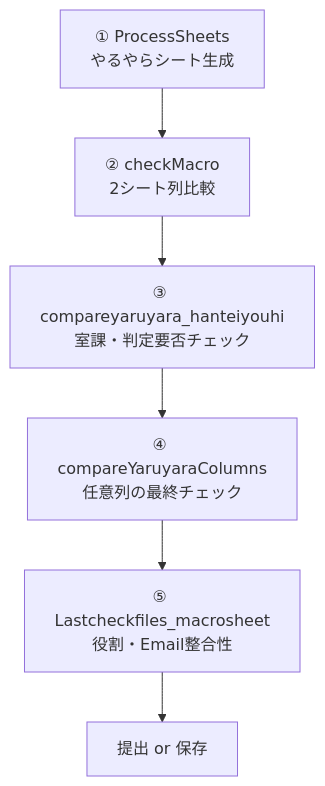
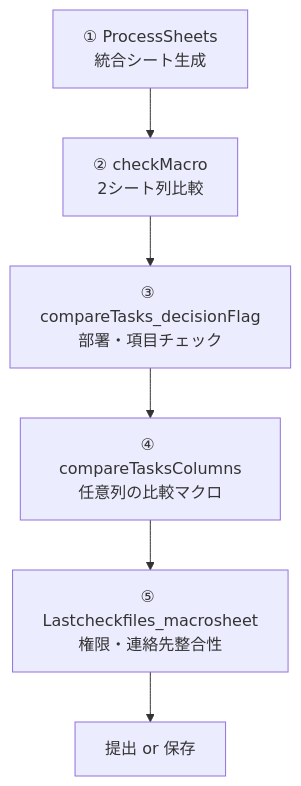
The diagram in README.md (flopsy212/excel-check-automation), drawn with Mermaid before and after one commit. The commit also changed other lines of this file, not shown here.

````diff
--- a/README.md
+++ b/README.md
@@ -29,8 +29,8 @@
 ```mermaid
 flowchart TD
-    A[① ProcessSheets<br>やるやらシート生成] --> B[② checkMacro<br>2シート列比較]
-    B --> C[③ compareyaruyara_hanteiyouhi<br>室課・判定要否チェック]
-    C --> D[④ compareYaruyaraColumns<br>任意列の最終チェック]
-    D --> E[⑤ Lastcheckfiles_macrosheet<br>役割・Email整合性]
+    A[① ProcessSheets<br>統合シート生成] --> B[② checkMacro<br>2シート列比較]
+    B --> C[③ compareTasks_decisionFlag<br>部署・項目チェック]
+    C --> D[④ compareTasksColumns<br>任意列の比較マクロ]
+    D --> E[⑤ Lastcheckfiles_macrosheet<br>権限・連絡先整合性]
     E --> F[提出 or 保存]
 ```
````
